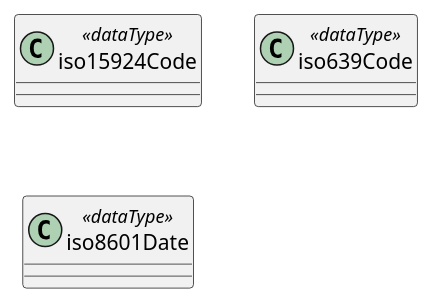
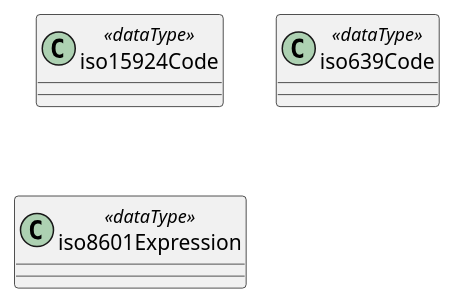
Before and after one commit to CalConnect/csd-transcription-systems: the diagram in sources/models/datatypes.wsd, drawn with PlantUML. The commit also changed 3 other files, not shown here.

```diff
--- a/sources/models/datatypes.wsd
+++ b/sources/models/datatypes.wsd
@@ -1,10 +1,10 @@
 
 '******* CONFIGURATION ************************************************
 class iso15924Code <<dataType>> {
 }
 
 class iso639Code <<dataType>> {
 }
 
-class iso8601Date <<dataType>> {
+class iso8601Expression <<dataType>> {
 }
```
